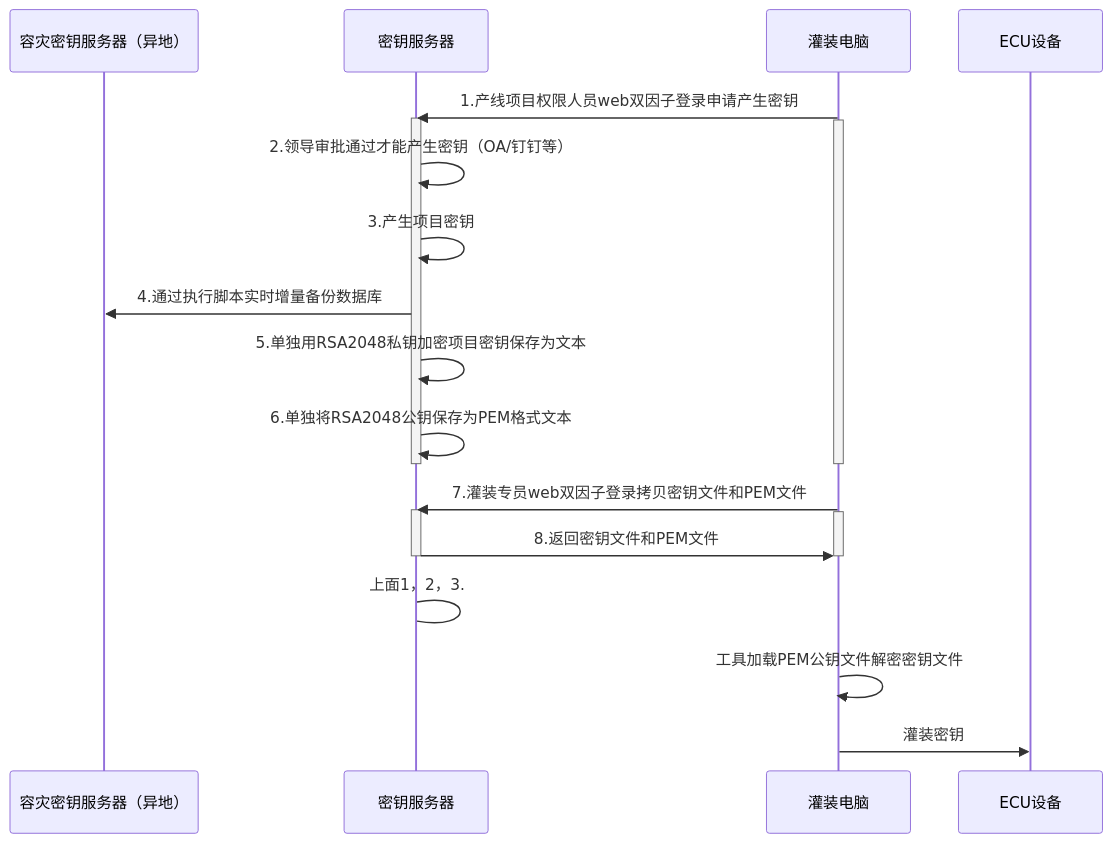
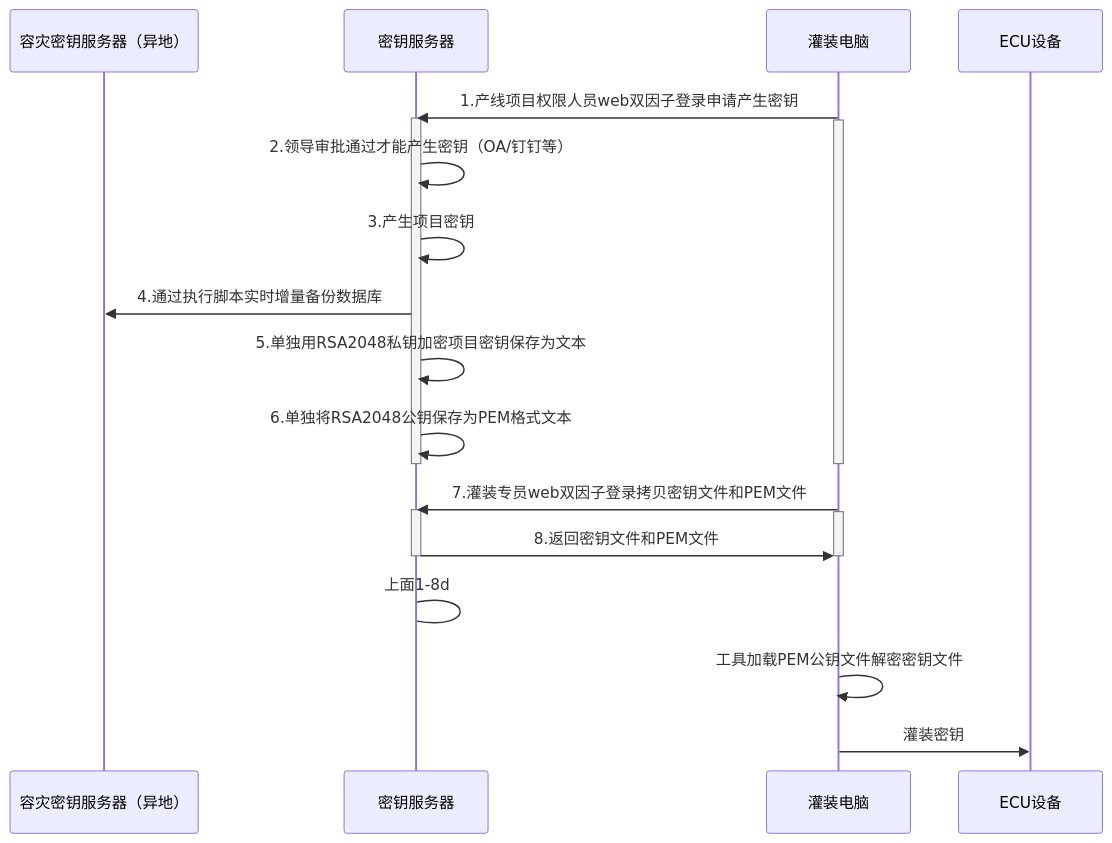
The diagram in all/未命名-15.md (facebook-cloud/iodraw-files), drawn with Mermaid before and after one commit.

Commit message:
2026-02-11 19:54:04 update

````diff
--- a/all/未命名-15.md
+++ b/all/未命名-15.md
@@ -1,32 +1,32 @@
 ```mermaid
 sequenceDiagram
     participant A as 容灾密钥服务器（异地）
     participant B as 密钥服务器
     participant D as 灌装电脑
     participant E as ECU设备
 
     
     D->>B: 1.产线项目权限人员web双因子登录申请产生密钥
     activate B
     activate D
     B->>B: 2.领导审批通过才能产生密钥（OA/钉钉等）
     B->>B: 3.产生项目密钥
     B->>A: 4.通过执行脚本实时增量备份数据库
     B->>B: 5.单独用RSA2048私钥加密项目密钥保存为文本
     B->>B: 6.单独将RSA2048公钥保存为PEM格式文本
     deactivate B
     deactivate D
 
     
     D->>B: 7.灌装专员web双因子登录拷贝密钥文件和PEM文件
     activate B
     activate D
     B->>D: 8.返回密钥文件和PEM文件
     deactivate B
     deactivate D
-    B->B: 上面1，2，3.
+    B->B: 上面1-8d
 
     D->>D:工具加载PEM公钥文件解密密钥文件
     
     D->>E: 灌装密钥
 ```
````
